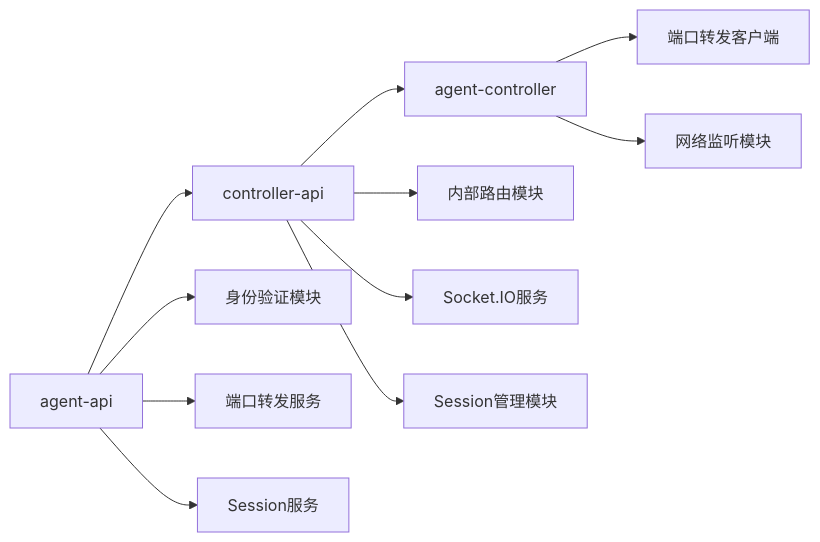
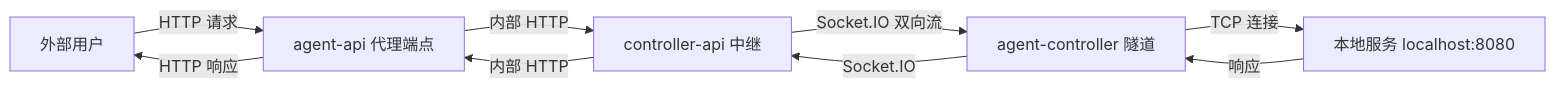
One commit to Deliay/z-agent-gear changed the second of 4 diagrams in docs/engineering/proposals/20260527-feat-port-forwarding.md. Above: the diagram before and after it, drawn with Mermaid. The commit also changed other lines of this file and 1 other file, not shown here.

````diff
--- a/docs/engineering/proposals/20260527-feat-port-forwarding.md
+++ b/docs/engineering/proposals/20260527-feat-port-forwarding.md
@@ -85,16 +85,8 @@
 ```mermaid
 graph LR
-    A[agent-api] --> B[controller-api]
-    B --> C[agent-controller]
-    
-    A --> D[身份验证模块]
-    A --> E[端口转发服务]
-    A --> F[Session服务]
-    
-    B --> G[内部路由模块]
-    B --> H[Socket.IO服务]
-    B --> I[Session管理模块]
-    
-    C --> J[端口转发客户端]
-    C --> K[网络监听模块]
+    A[外部用户] -->|HTTP 请求| B[agent-api 代理端点]
+    B -->|内部 HTTP| C[controller-api 中继]
+    C -->|Socket.IO 双向流| D[agent-controller 隧道]
+    D -->|TCP 连接| E[本地服务 localhost:8080]
+    E -->|响应| D -->|Socket.IO| C -->|内部 HTTP| B -->|HTTP 响应| A
 ```
````
